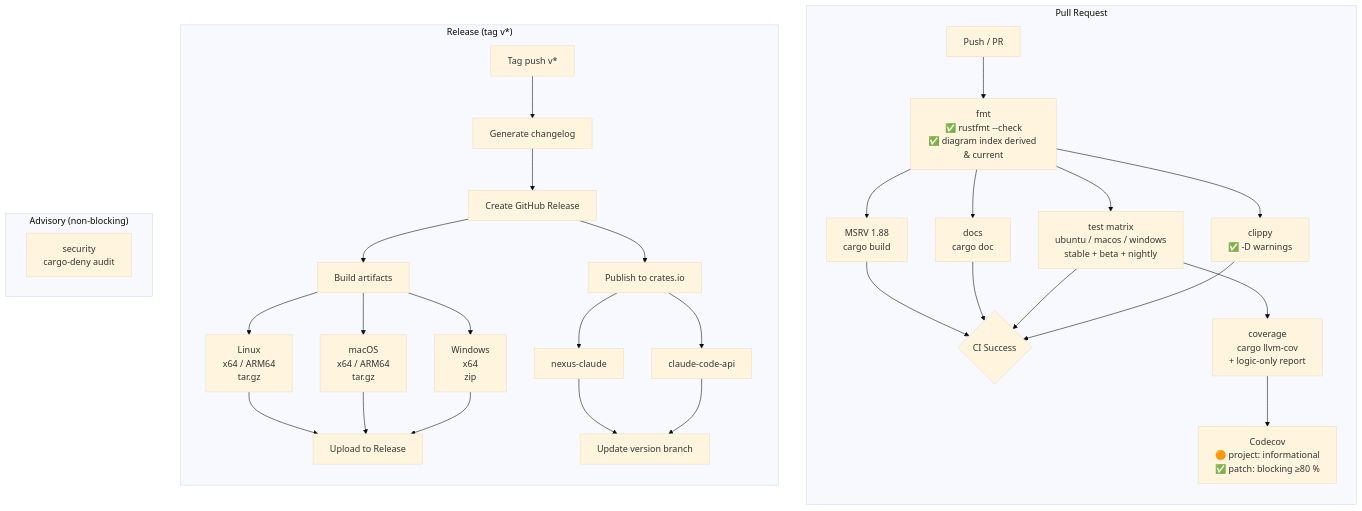
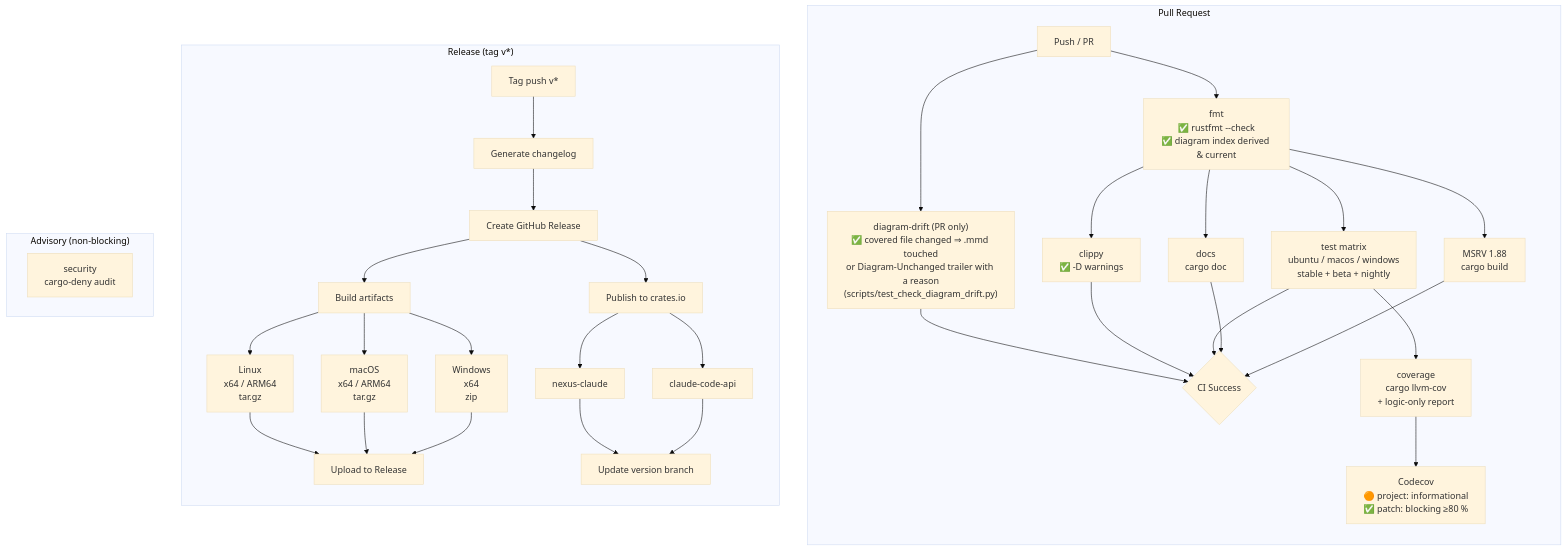
One commit to this-rs/nexus changed the diagram in docs/diagrams/nexus-ci-pipeline.mmd. Above: the diagram before and after it, drawn with Mermaid (base theme). The commit also changed 5 other files, not shown here.

First line of the commit message:
ci(diagrams): fail a PR that changes covered code without touching its diagram

```diff
--- a/docs/diagrams/nexus-ci-pipeline.mmd
+++ b/docs/diagrams/nexus-ci-pipeline.mmd
@@ -1,44 +1,46 @@
 %% name: nexus-ci-pipeline
 %% covers: .github/workflows/ci.yml, .github/workflows/release.yml
-%% verified: 2026-10-02
+%% verified: 2026-10-03
 flowchart TD
     subgraph PR["Pull Request"]
         direction TB
         push[Push / PR] --> fmt
 
         fmt["fmt\n✅ rustfmt --check\n✅ diagram index derived & current"]
+        push --> drift["diagram-drift (PR only)\n✅ covered file changed ⇒ .mmd touched\nor Diagram-Unchanged trailer with a reason\n(scripts/test_check_diagram_drift.py)"]
+        drift --> ok
         fmt --> clippy["clippy\n✅ -D warnings"]
         fmt --> test["test matrix\nubuntu / macos / windows\nstable + beta + nightly"]
         fmt --> docs["docs\ncargo doc"]
         fmt --> msrv["MSRV 1.88\ncargo build"]
 
         clippy --> ok{CI Success}
         test --> ok
         docs --> ok
         msrv --> ok
 
         test --> cov["coverage\ncargo llvm-cov\n+ logic-only report"]
         cov --> cc["Codecov\n🟠 project: informational\n✅ patch: blocking ≥80 %"]
     end
 
     subgraph REL["Release (tag v*)"]
         direction TB
         tag[Tag push v*] --> changelog[Generate changelog]
         changelog --> ghrel[Create GitHub Release]
         ghrel --> build[Build artifacts]
 
         build --> linux["Linux\nx64 / ARM64\ntar.gz"]
         build --> macos["macOS\nx64 / ARM64\ntar.gz"]
         build --> win["Windows\nx64\nzip"]
 
         linux & macos & win --> upload[Upload to Release]
 
         ghrel --> pub[Publish to crates.io]
         pub --> sdk[nexus-claude]
         pub --> api[claude-code-api]
         sdk & api --> vbranch[Update version branch]
     end
 
     subgraph ADV["Advisory (non-blocking)"]
         security["security\ncargo-deny audit"]
     end
```
